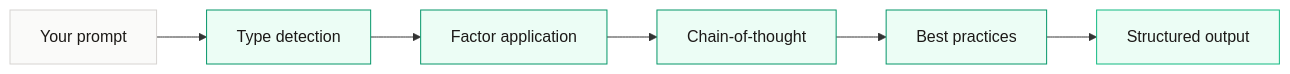
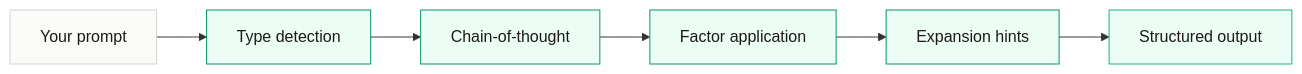
One commit to TMHSDigital/prompt-generator changed the diagram in README.md. Above: the diagram before and after it, drawn with Mermaid. The commit also changed other lines of this file and 7 other files, not shown here.

````diff
--- a/README.md
+++ b/README.md
@@ -140,15 +147,15 @@
 ```mermaid
 flowchart LR
     A["Your prompt"] --> B["Type detection"]
-    B --> C["Factor application"]
-    C --> D["Chain-of-thought"]
-    D --> E["Best practices"]
+    B --> C["Chain-of-thought"]
+    C --> D["Factor application"]
+    D --> E["Expansion hints"]
     E --> F["Structured output"]
 
     style A fill:#fafaf9,stroke:#d6d3d1,color:#1c1917
     style B fill:#ecfdf5,stroke:#059669,color:#1c1917
     style C fill:#ecfdf5,stroke:#059669,color:#1c1917
     style D fill:#ecfdf5,stroke:#059669,color:#1c1917
     style E fill:#ecfdf5,stroke:#059669,color:#1c1917
     style F fill:#ecfdf5,stroke:#10b981,color:#1c1917
 ```
````
